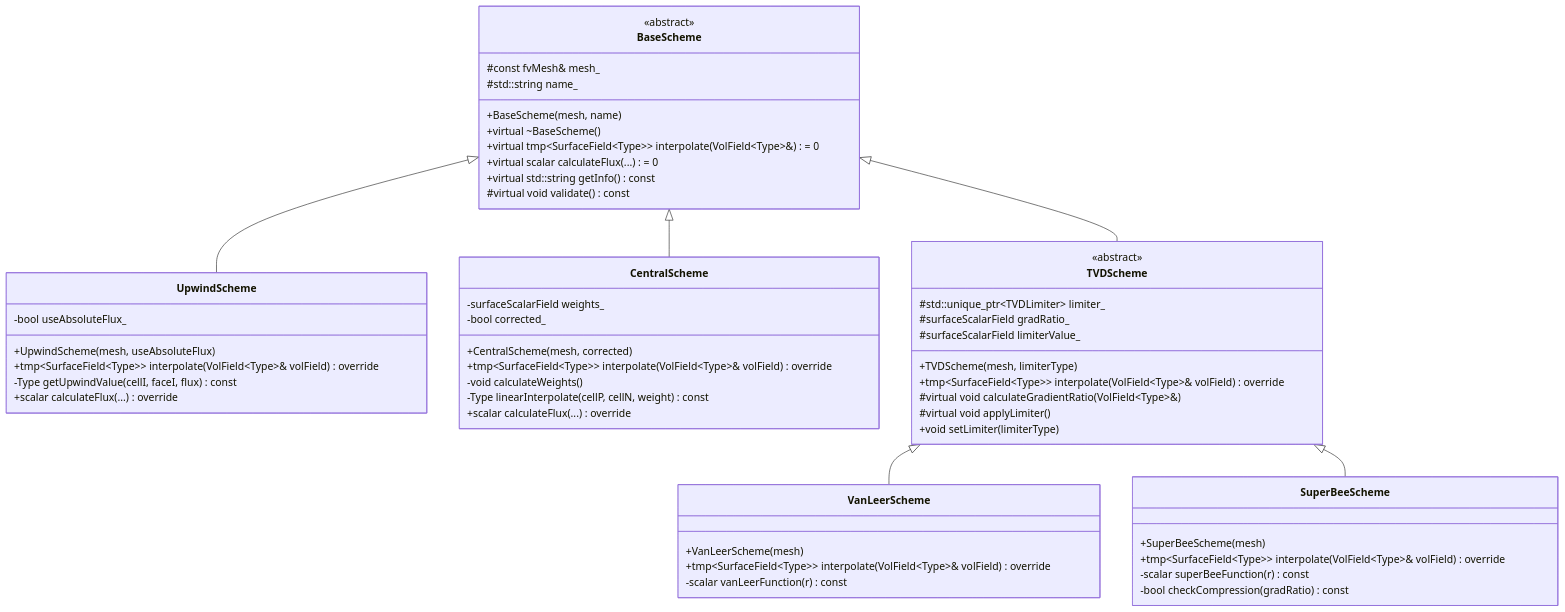
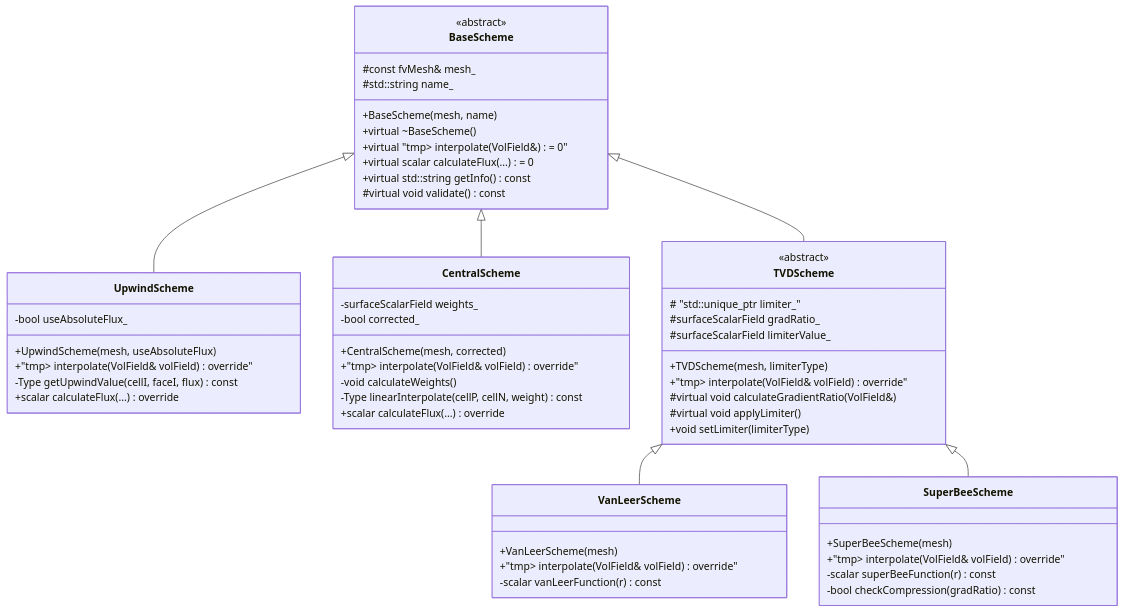
Before and after one commit to wramet/build-my-cfd: the second of 2 diagrams in daily_learning/2026-01-03.md, drawn with Mermaid. The commit also changed other lines of this file, not shown here.

Commit message:
Fix syntax errors in Day 03: Mermaid quotes, Callout indentation, and underscores

````diff
--- a/daily_learning/2026-01-03.md
+++ b/daily_learning/2026-01-03.md
@@ -974,65 +974,65 @@
 ```mermaid
 classDiagram
     direction TB
     
     class BaseScheme {
         <<abstract>>
         #const fvMesh& mesh_
         #std::string name_
         +BaseScheme(mesh, name)
         +virtual ~BaseScheme()
-        +virtual tmp~SurfaceField~Type~~ interpolate(VolField~Type~&) = 0
+        +virtual "tmp<SurfaceField<Type>> interpolate(VolField<Type>&) = 0"
         +virtual scalar calculateFlux(...) = 0
         +virtual std::string getInfo() const
         #virtual void validate() const
     }
     
     class UpwindScheme {
         -bool useAbsoluteFlux_
         +UpwindScheme(mesh, useAbsoluteFlux)
-        +tmp~SurfaceField~Type~~ interpolate(VolField~Type~& volField) override
+        +"tmp<SurfaceField<Type>> interpolate(VolField<Type>& volField) override"
         -Type getUpwindValue(cellI, faceI, flux) const
         +scalar calculateFlux(...) override
     }
     
     class CentralScheme {
         -surfaceScalarField weights_
         -bool corrected_
         +CentralScheme(mesh, corrected)
-        +tmp~SurfaceField~Type~~ interpolate(VolField~Type~& volField) override
+        +"tmp<SurfaceField<Type>> interpolate(VolField<Type>& volField) override"
         -void calculateWeights()
         -Type linearInterpolate(cellP, cellN, weight) const
         +scalar calculateFlux(...) override
     }
     
     class TVDScheme {
         <<abstract>>
-        #std::unique_ptr~TVDLimiter~ limiter_
+        # "std::unique_ptr<TVDLimiter> limiter_"
         #surfaceScalarField gradRatio_
         #surfaceScalarField limiterValue_
         +TVDScheme(mesh, limiterType)
-        +tmp~SurfaceField~Type~~ interpolate(VolField~Type~& volField) override
-        #virtual void calculateGradientRatio(VolField~Type~&)
+        +"tmp<SurfaceField<Type>> interpolate(VolField<Type>& volField) override"
+        #virtual void calculateGradientRatio(VolField<Type>&)
         #virtual void applyLimiter()
         +void setLimiter(limiterType)
     }
     
     class VanLeerScheme {
         +VanLeerScheme(mesh)
-        +tmp~SurfaceField~Type~~ interpolate(VolField~Type~& volField) override
+        +"tmp<SurfaceField<Type>> interpolate(VolField<Type>& volField) override"
         -scalar vanLeerFunction(r) const
     }
     
     class SuperBeeScheme {
         +SuperBeeScheme(mesh)
-        +tmp~SurfaceField~Type~~ interpolate(VolField~Type~& volField) override
+        +"tmp<SurfaceField<Type>> interpolate(VolField<Type>& volField) override"
         -scalar superBeeFunction(r) const
         -bool checkCompression(gradRatio) const
     }
     
     BaseScheme <|-- UpwindScheme
     BaseScheme <|-- CentralScheme
     BaseScheme <|-- TVDScheme
     TVDScheme <|-- VanLeerScheme
     TVDScheme <|-- SuperBeeScheme
 ```
````
